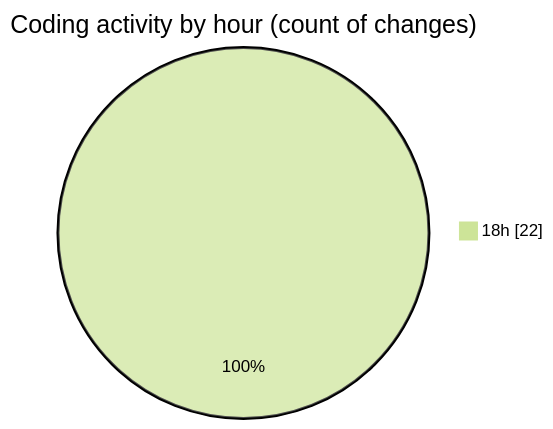
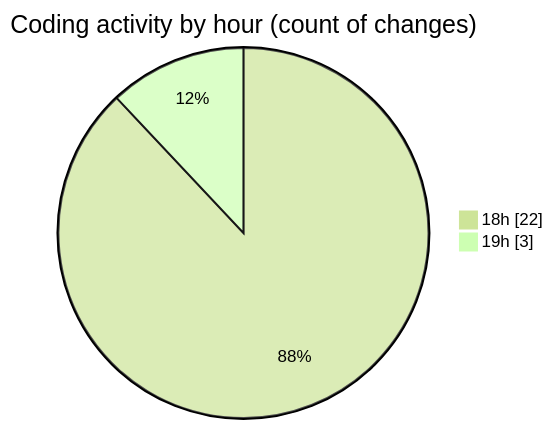
Before and after one commit to idhammustaqopulfikri/code-tracking: the second of 2 diagrams in 2025-06-13/studio-backend/README.md, drawn with Mermaid (forest theme). The commit also changed other lines of this file and 1 other file, not shown here.

````diff
--- a/2025-06-13/studio-backend/README.md
+++ b/2025-06-13/studio-backend/README.md
@@ -36,5 +37,6 @@
 ```mermaid
 pie showData
 title Coding activity by hour (count of changes)
 "18h" : 22
+"19h" : 3
 ```
````
